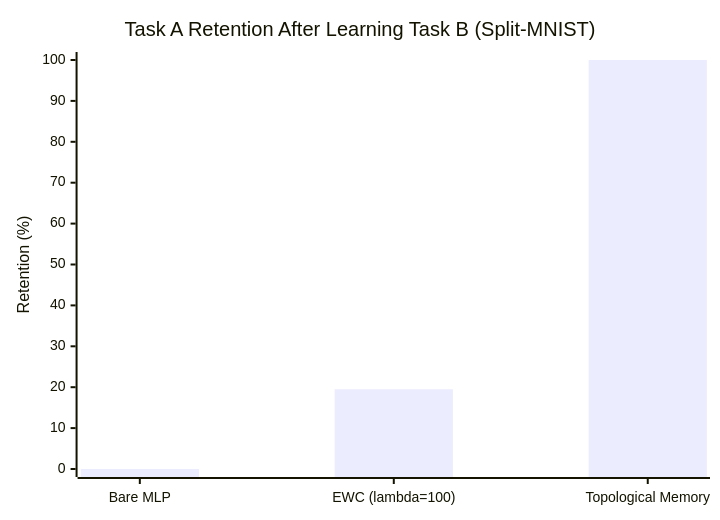
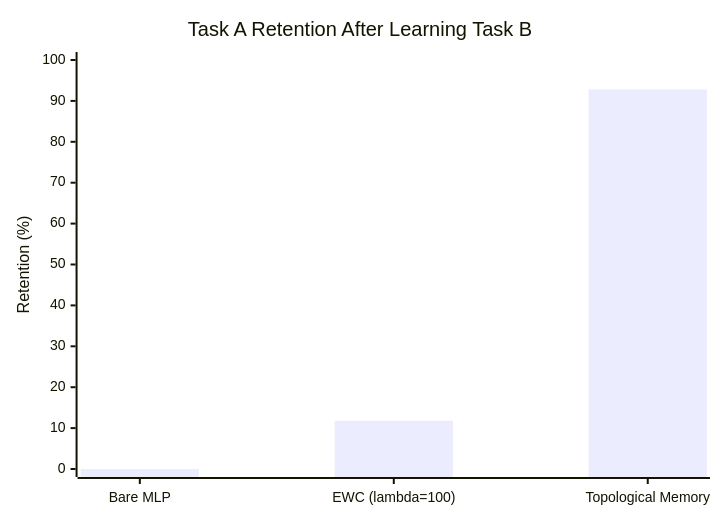
The second of 3 diagrams in README.md (Minu476/rich-learning), drawn with Mermaid before and after one commit. The commit also changed other lines of this file and 23 other files, not shown here.

````diff
--- a/README.md
+++ b/README.md
@@ -106,7 +77,7 @@
 ```mermaid
 xychart-beta
-    title "Task A Retention After Learning Task B (Split-MNIST)"
+    title "Task A Retention After Learning Task B"
     x-axis ["Bare MLP", "EWC (lambda=100)", "Topological Memory"]
     y-axis "Retention (%)" 0 --> 100
-    bar [0, 19.5, 100]
+    bar [0, 11.8, 92.8]
 ```
````
